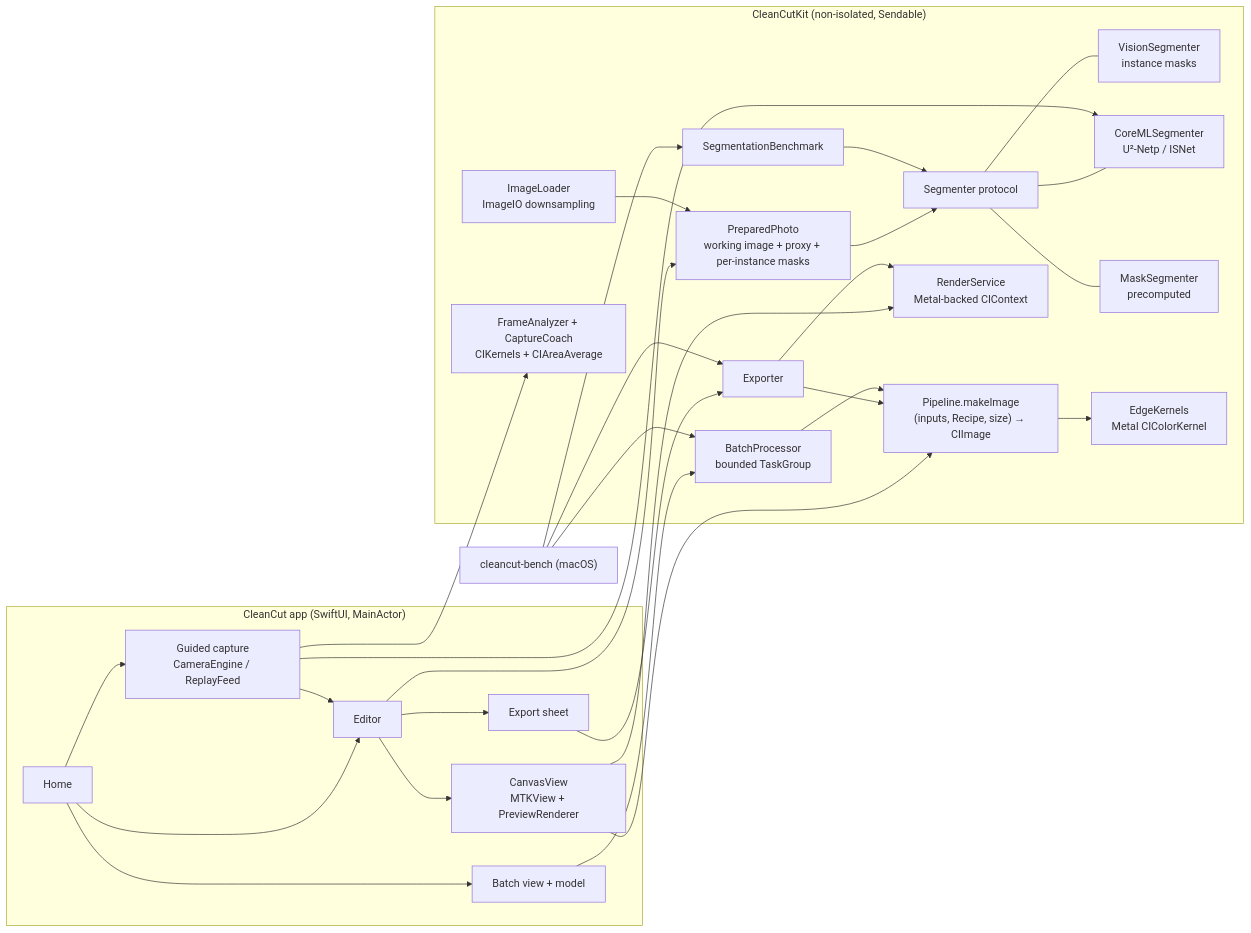
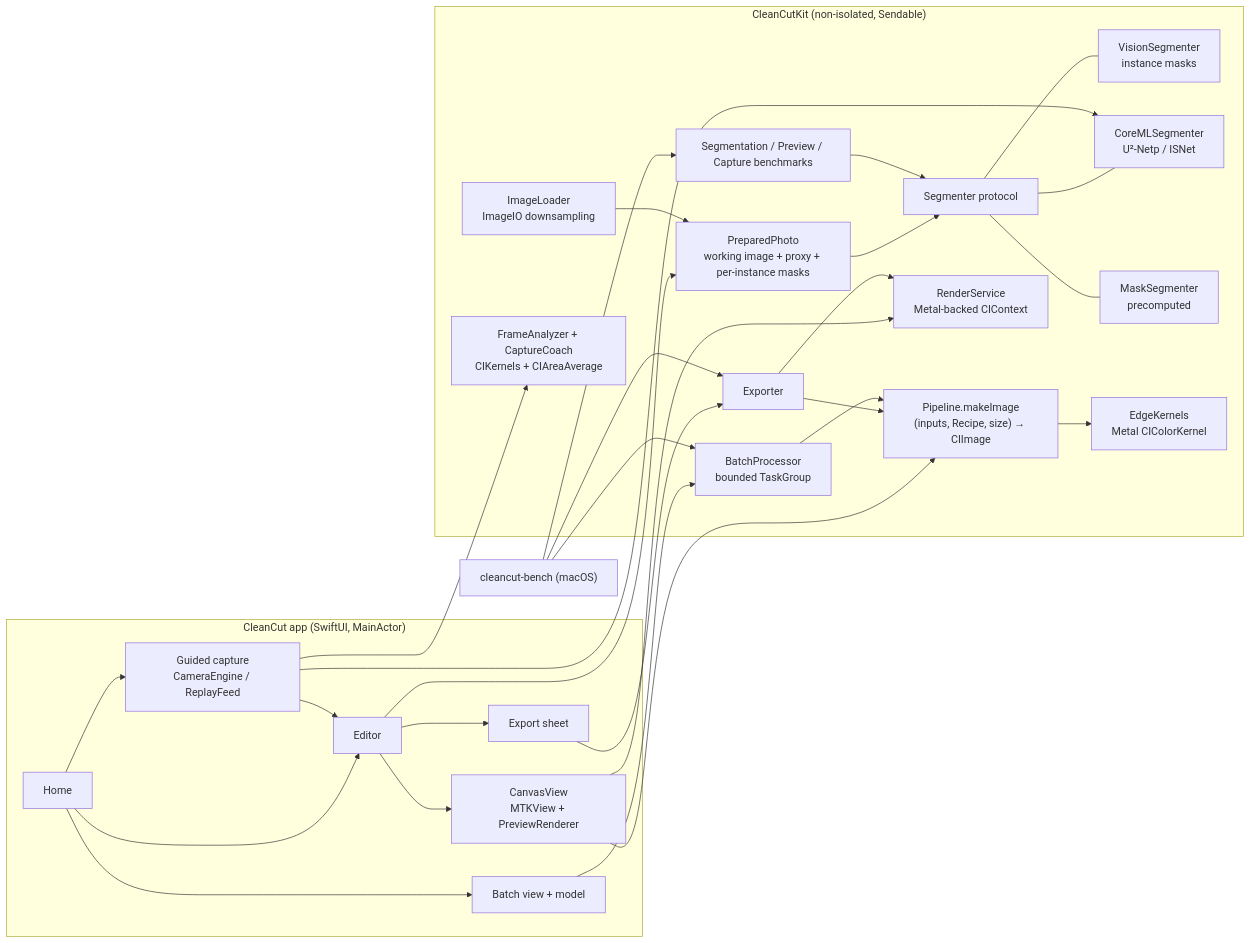
The first of 2 diagrams in docs/ARCHITECTURE.md (sohrabgit/CleanCut), drawn with Mermaid before and after one commit. The commit also changed other lines of this file and 7 other files, not shown here.

````diff
--- a/docs/ARCHITECTURE.md
+++ b/docs/ARCHITECTURE.md
@@ -8,43 +8,43 @@
 ```mermaid
 flowchart LR
     subgraph App["CleanCut app (SwiftUI, MainActor)"]
         Home --> Editor
         Home --> Batch
         Home --> Capture["Guided capture<br/>CameraEngine / ReplayFeed"]
         Capture --> Editor
         Editor --> Canvas["CanvasView<br/>MTKView + PreviewRenderer"]
         Editor --> Export["Export sheet"]
         Batch["Batch view + model"]
     end
 
     subgraph Kit["CleanCutKit (non-isolated, Sendable)"]
         Loader["ImageLoader<br/>ImageIO downsampling"]
         Seg["Segmenter protocol"]
         Vision["VisionSegmenter<br/>instance masks"]
         CoreML["CoreMLSegmenter<br/>U²-Netp / ISNet"]
         Masks["MaskSegmenter<br/>precomputed"]
         Prepared["PreparedPhoto<br/>working image + proxy + per-instance masks"]
         Pipe["Pipeline.makeImage<br/>(inputs, Recipe, size) → CIImage"]
         Kernel["EdgeKernels<br/>Metal CIColorKernel"]
         Render["RenderService<br/>Metal-backed CIContext"]
         Exporter
         BatchP["BatchProcessor<br/>bounded TaskGroup"]
-        Bench["SegmentationBenchmark"]
+        Bench["Segmentation / Preview / Capture benchmarks"]
         Analyzer["FrameAnalyzer + CaptureCoach<br/>CIKernels + CIAreaAverage"]
     end
 
     Seg --- Vision & CoreML & Masks
     Editor --> Prepared
     Prepared --> Seg
     Canvas --> Pipe
     Export --> Exporter --> Pipe
     Batch --> BatchP --> Pipe
     Pipe --> Kernel
     Canvas --> Render
     Exporter --> Render
     Loader --> Prepared
     Bench --> Seg
     Capture --> Analyzer
     Capture --> CoreML
     CLI["cleancut-bench (macOS)"] --> Bench & BatchP & Exporter
 ```
````
